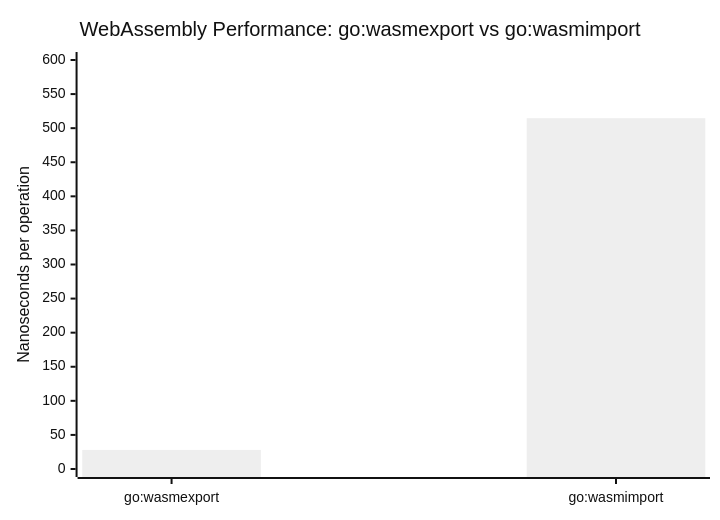
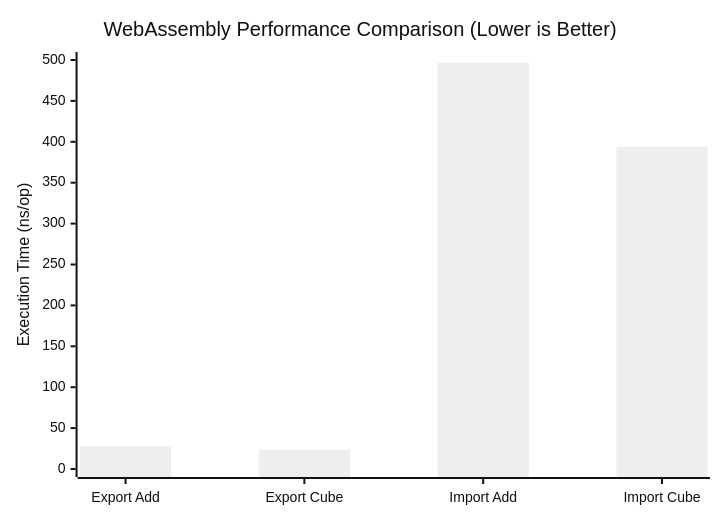
The diagram in README.md (lovromazgon/wasm-import-vs-export), drawn with Mermaid (neutral theme) before and after one commit. The commit also changed other lines of this file and 10 other files, not shown here.

````diff
--- a/README.md
+++ b/README.md
@@ -20,7 +30,7 @@
 ```mermaid
 xychart-beta
-    title "WebAssembly Performance: go:wasmexport vs go:wasmimport"
-    x-axis ["go:wasmexport", "go:wasmimport"]
-    y-axis "Nanoseconds per operation" 0 --> 600
-    bar [27.97, 514.6]
+    title "WebAssembly Performance Comparison (Lower is Better)"
+    x-axis ["Export Add", "Export Cube", "Import Add", "Import Cube"]
+    y-axis "Execution Time (ns/op)" 0 --> 500
+    bar [27.79, 23.83, 496.7, 394.0]
 ```
````
